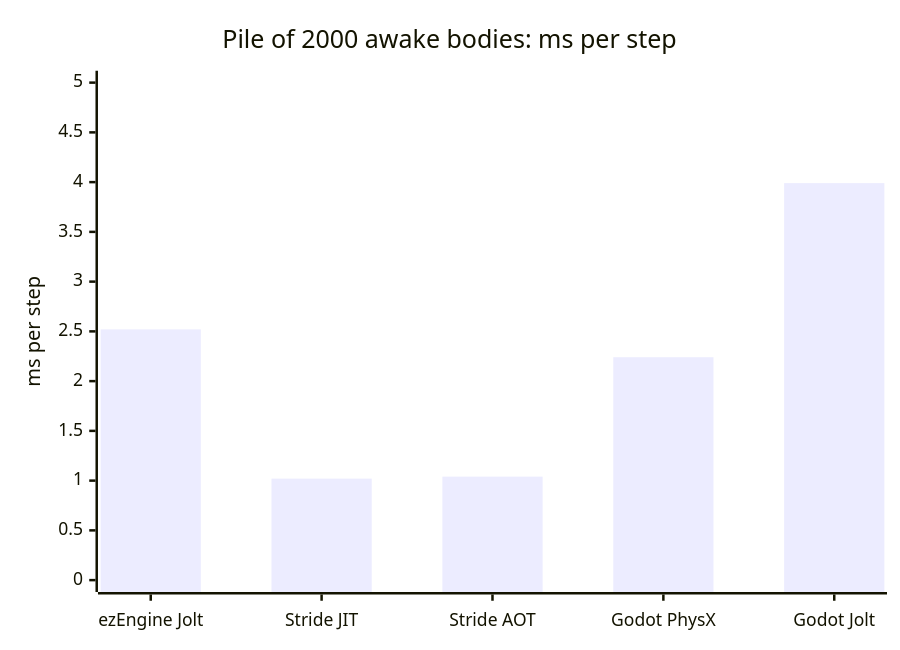
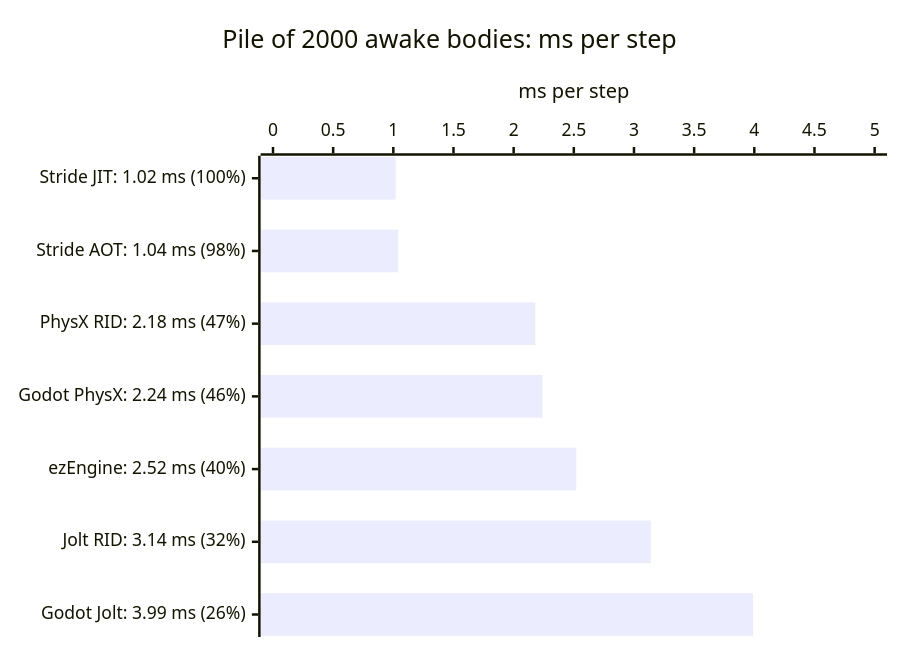
The first of 6 diagrams in README.md (CreatoramaStudio/QuestMark), drawn with Mermaid before and after one commit. The commit also changed other lines of this file and 1 other file, not shown here.

Commit message:
Docs: body API A/B for Jolt and the PhysX fork (12.3), PhysX fork ranked 3a above Godot Jolt 3b, README quick start and sorted horizontal charts with percent of best

````diff
--- a/README.md
+++ b/README.md
@@ -34,7 +51,7 @@
 ```mermaid
-xychart-beta
+xychart-beta horizontal
     title "Pile of 2000 awake bodies: ms per step"
-    x-axis ["ezEngine Jolt", "Stride JIT", "Stride AOT", "Godot PhysX", "Godot Jolt"]
+    x-axis ["Stride JIT: 1.02 ms (100%)", "Stride AOT: 1.04 ms (98%)", "PhysX RID: 2.18 ms (47%)", "Godot PhysX: 2.24 ms (46%)", "ezEngine: 2.52 ms (40%)", "Jolt RID: 3.14 ms (32%)", "Godot Jolt: 3.99 ms (26%)"]
     y-axis "ms per step" 0 --> 5
-    bar [2.52, 1.02, 1.04, 2.24, 3.99]
+    bar [1.02, 1.04, 2.18, 2.24, 2.52, 3.14, 3.99]
 ```
````
